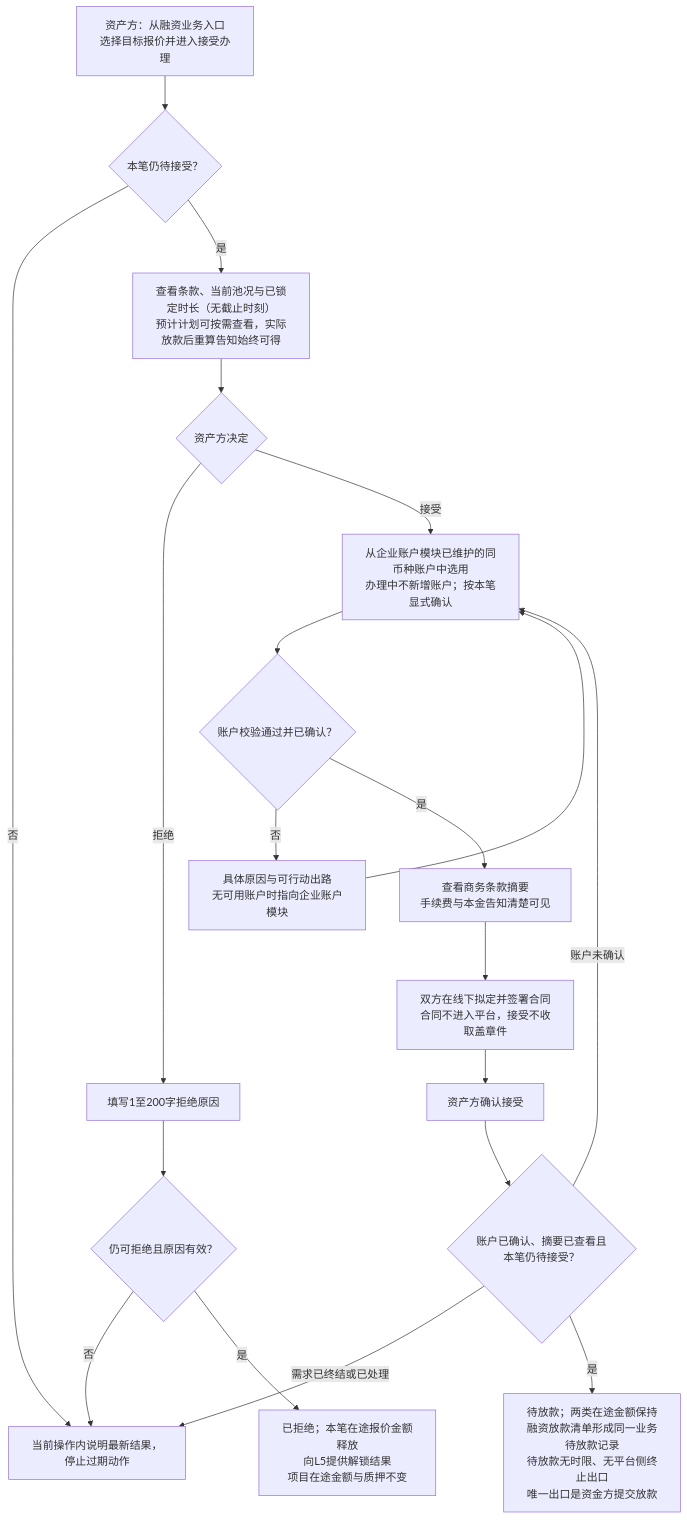
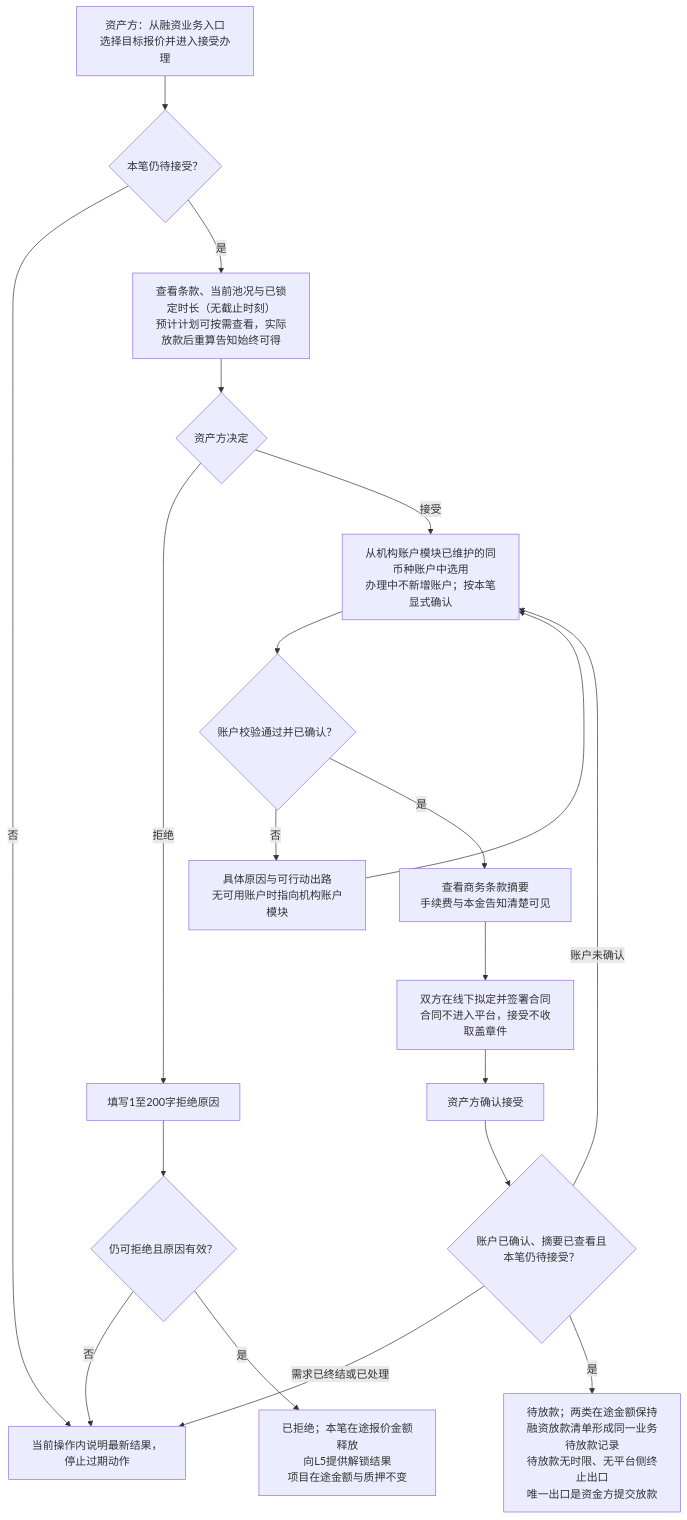
The second of 8 diagrams in lending-platform/PRD/v1.0-借贷广场-授信报价与接受拒绝/02-授信报价与接受拒绝-流程图与状态机.md (wxblockchain/Chain-Financing), drawn with Mermaid before and after one commit. The commit also changed 29 other files, not shown here.

````diff
--- a/lending-platform/PRD/v1.0-借贷广场-授信报价与接受拒绝/02-授信报价与接受拒绝-流程图与状态机.md
+++ b/lending-platform/PRD/v1.0-借贷广场-授信报价与接受拒绝/02-授信报价与接受拒绝-流程图与状态机.md
@@ -43,22 +43,22 @@
 ```mermaid
 flowchart TD
   A["资产方：从融资业务入口<br/>选择目标报价并进入接受办理"] --> B{"本笔仍待接受？"}
   B -- "否" --> X["当前操作内说明最新结果，停止过期动作"]
   B -- "是" --> C["查看条款、当前池况与已锁定时长（无截止时刻）<br/>预计计划可按需查看，实际放款后重算告知始终可得"]
   C --> D{"资产方决定"}
   D -- "拒绝" --> R["填写1至200字拒绝原因"]
   R --> R1{"仍可拒绝且原因有效？"}
   R1 -- "否" --> X
   R1 -- "是" --> R2["已拒绝；本笔在途报价金额释放<br/>向L5提供解锁结果<br/>项目在途金额与质押不变"]
-  D -- "接受" --> E["从企业账户模块已维护的同币种账户中选用<br/>办理中不新增账户；按本笔显式确认"]
+  D -- "接受" --> E["从机构账户模块已维护的同币种账户中选用<br/>办理中不新增账户；按本笔显式确认"]
   E --> F{"账户校验通过并已确认？"}
-  F -- "否" --> E1["具体原因与可行动出路<br/>无可用账户时指向企业账户模块"]
+  F -- "否" --> E1["具体原因与可行动出路<br/>无可用账户时指向机构账户模块"]
   E1 --> E
   F -- "是" --> G["查看商务条款摘要<br/>手续费与本金告知清楚可见"]
   G --> H["双方在线下拟定并签署合同<br/>合同不进入平台，接受不收取盖章件"]
   H --> J["资产方确认接受"]
   J --> K{"账户已确认、摘要已查看且本笔仍待接受？"}
   K -- "需求已终结或已处理" --> X
   K -- "账户未确认" --> E
   K -- "是" --> L["待放款；两类在途金额保持<br/>融资放款清单形成同一业务待放款记录<br/>待放款无时限、无平台侧终止出口<br/>唯一出口是资金方提交放款"]
 ```
````
